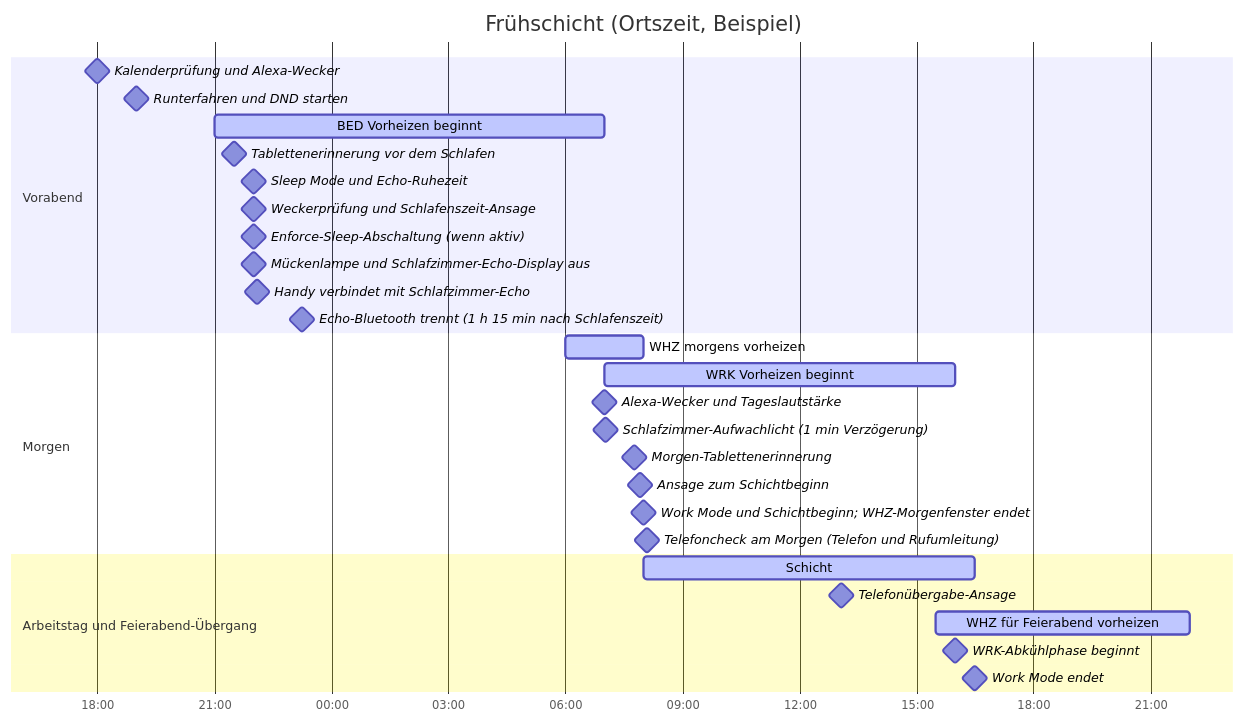
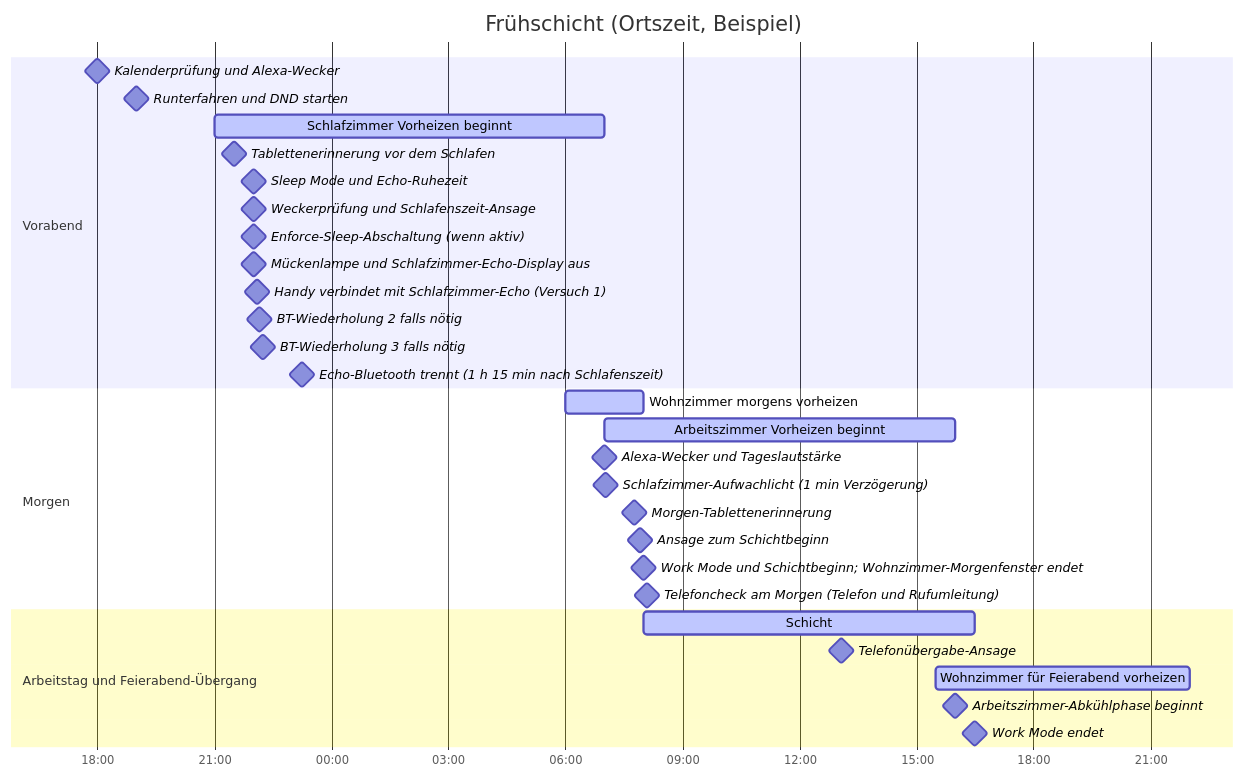
Before and after one commit to theniwo/homeassistant: the third of 3 diagrams in README.de.md, drawn with Mermaid. The commit also changed other lines of this file and 5 other files, not shown here.

````diff
--- a/README.de.md
+++ b/README.de.md
@@ -187,32 +190,34 @@
 ```mermaid
 gantt
     title Frühschicht (Ortszeit, Beispiel)
     dateFormat YYYY-MM-DD HH:mm
     axisFormat %H:%M
     section Vorabend
     Kalenderprüfung und Alexa-Wecker :milestone, 2026-10-27 18:00, 0m
     Runterfahren und DND starten :milestone, 2026-10-27 19:00, 0m
-    BED Vorheizen beginnt :active, 2026-10-27 21:00, 600m
+    Schlafzimmer Vorheizen beginnt :active, 2026-10-27 21:00, 600m
     Tablettenerinnerung vor dem Schlafen :milestone, 2026-10-27 21:30, 0m
     Sleep Mode und Echo-Ruhezeit :milestone, 2026-10-27 22:00, 0m
     Weckerprüfung und Schlafenszeit-Ansage :milestone, 2026-10-27 22:00, 0m
     Enforce-Sleep-Abschaltung (wenn aktiv) :milestone, 2026-10-27 22:00, 0m
     Mückenlampe und Schlafzimmer-Echo-Display aus :milestone, 2026-10-27 22:00, 0m
-    Handy verbindet mit Schlafzimmer-Echo :milestone, 2026-10-27 22:05, 0m
+    Handy verbindet mit Schlafzimmer-Echo (Versuch 1) :milestone, 2026-10-27 22:05, 0m
+    BT-Wiederholung 2 falls nötig :milestone, 2026-10-27 22:10, 0m
+    BT-Wiederholung 3 falls nötig :milestone, 2026-10-27 22:15, 0m
     Echo-Bluetooth trennt (1 h 15 min nach Schlafenszeit) :milestone, 2026-10-27 23:15, 0m
     section Morgen
-    WHZ morgens vorheizen :active, 2026-10-28 06:00, 120m
-    WRK Vorheizen beginnt :active, 2026-10-28 07:00, 540m
+    Wohnzimmer morgens vorheizen :active, 2026-10-28 06:00, 120m
+    Arbeitszimmer Vorheizen beginnt :active, 2026-10-28 07:00, 540m
     Alexa-Wecker und Tageslautstärke :milestone, 2026-10-28 07:00, 0m
     Schlafzimmer-Aufwachlicht (1 min Verzögerung) :milestone, 2026-10-28 07:01, 0m
     Morgen-Tablettenerinnerung :milestone, 2026-10-28 07:45, 0m
     Ansage zum Schichtbeginn :milestone, 2026-10-28 07:55, 0m
-    Work Mode und Schichtbeginn; WHZ-Morgenfenster endet :milestone, 2026-10-28 08:00, 0m
+    Work Mode und Schichtbeginn; Wohnzimmer-Morgenfenster endet :milestone, 2026-10-28 08:00, 0m
     Telefoncheck am Morgen (Telefon und Rufumleitung) :milestone, 2026-10-28 08:05, 0m
     section Arbeitstag und Feierabend-Übergang
     Schicht :active, 2026-10-28 08:00, 510m
     Telefonübergabe-Ansage :milestone, 2026-10-28 13:05, 0m
-    WHZ für Feierabend vorheizen :active, 2026-10-28 15:30, 390m
-    WRK-Abkühlphase beginnt :milestone, 2026-10-28 16:00, 0m
+    Wohnzimmer für Feierabend vorheizen :active, 2026-10-28 15:30, 390m
+    Arbeitszimmer-Abkühlphase beginnt :milestone, 2026-10-28 16:00, 0m
     Work Mode endet :milestone, 2026-10-28 16:30, 0m
 ```
````
